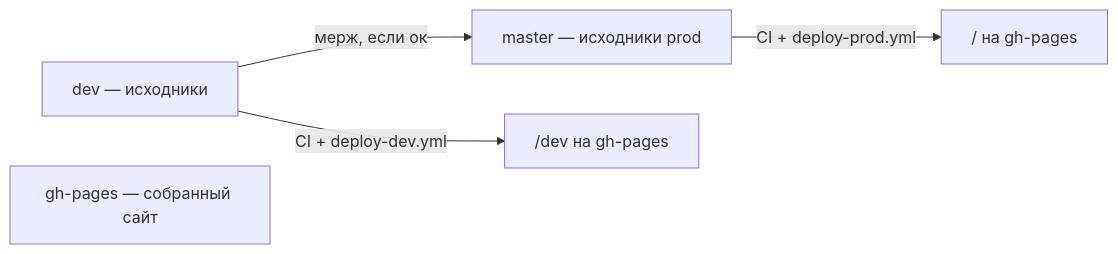
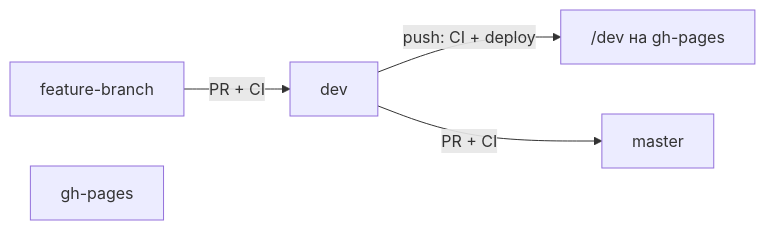
The diagram in Bible.md (wrincied/tutor-app), drawn with Mermaid before and after one commit. The commit also changed other lines of this file and 3 other files, not shown here.

Commit message:
ci: tests always, deploy gh-pages from dev only, master via PR

````diff
--- a/Bible.md
+++ b/Bible.md
@@ -27,10 +27,11 @@
 ```mermaid
 flowchart LR
-  Dev[dev — исходники]
-  Master[master — исходники prod]
-  GhPages[gh-pages — собранный сайт]
+  Feature[feature-branch]
+  Dev[dev]
+  Master[master]
+  GhPages[gh-pages]
 
-  Dev -->|CI + deploy-dev.yml| GhPagesDev["/dev на gh-pages"]
-  Dev -->|мерж, если ок| Master
-  Master -->|CI + deploy-prod.yml| GhPagesProd["/ на gh-pages"]
+  Feature -->|PR + CI| Dev
+  Dev -->|push: CI + deploy| GhPagesDev["/dev на gh-pages"]
+  Dev -->|PR + CI| Master
 ```
````
